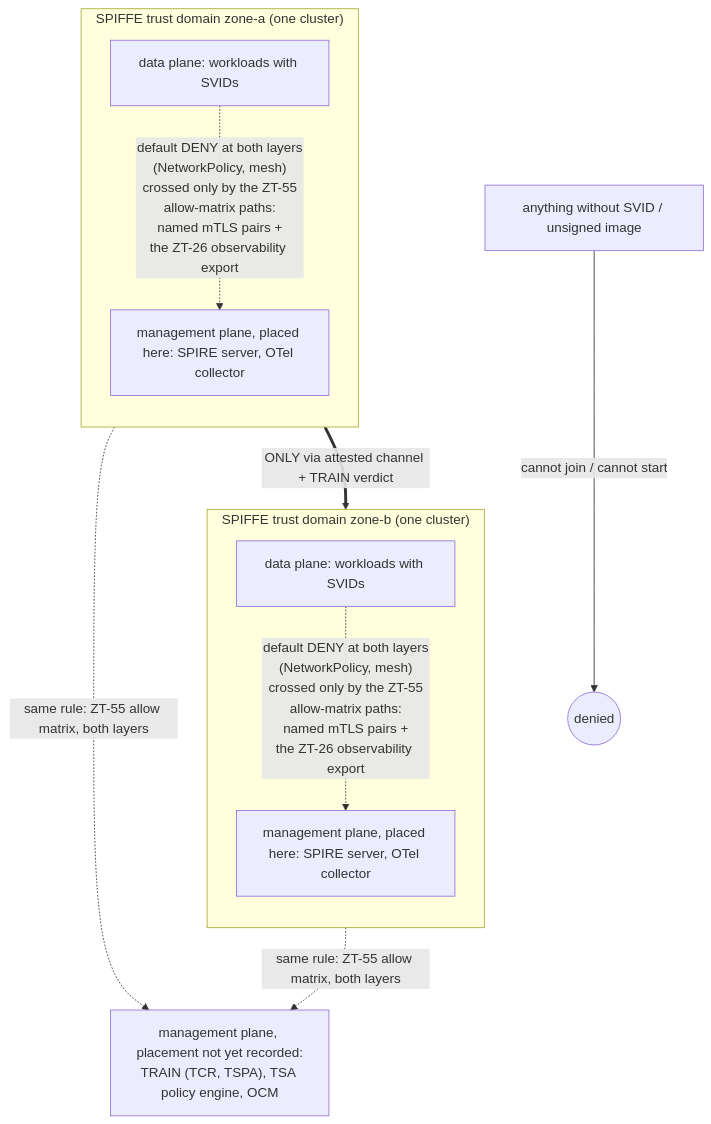
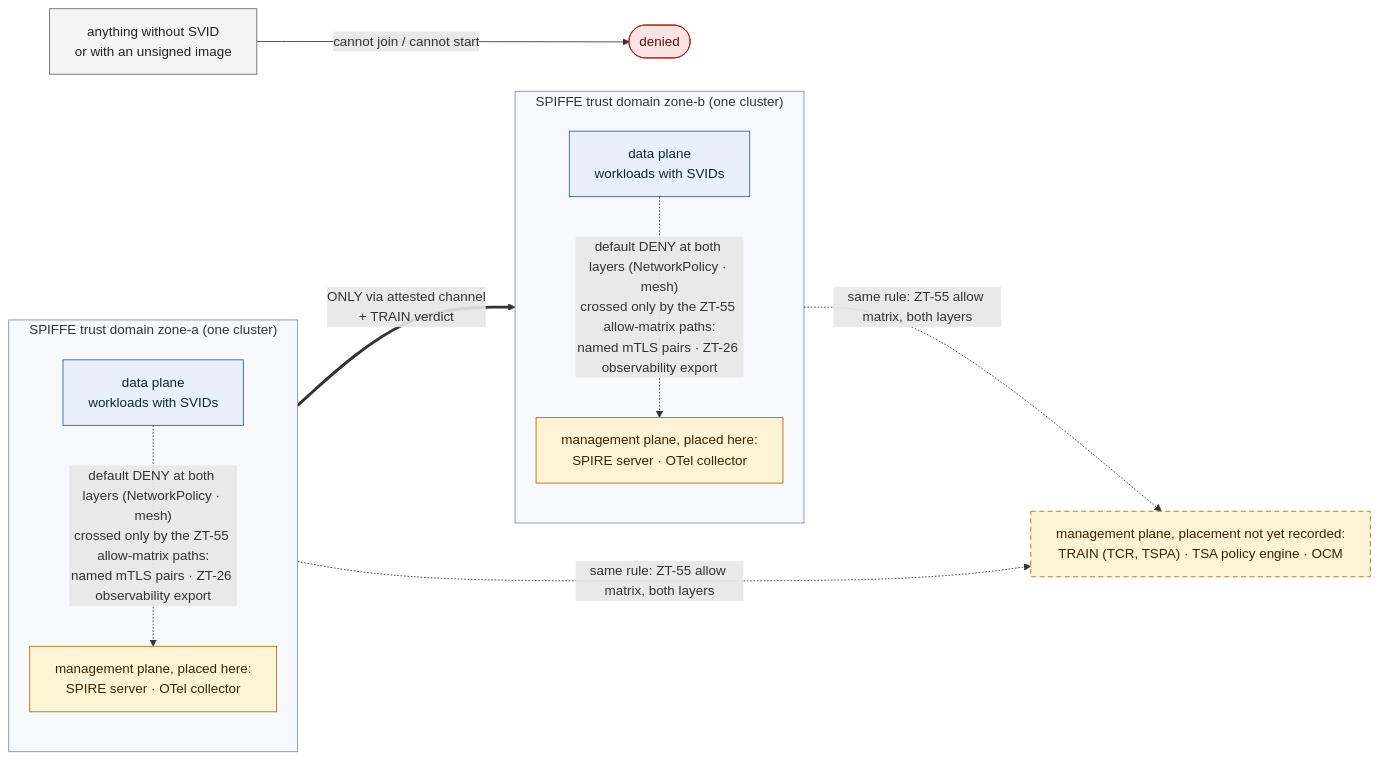
One commit to blopes-atals/facis-zero-trust-demonstrator changed the diagram in docs/diagrams/03-trust-boundaries.mmd. Above: the diagram before and after it, drawn with Mermaid. The commit also changed 1 other file, not shown here.

Commit message:
docs(diagrams): lay diagram 03 out left-to-right with zone-level edges
Place the two trust zones side by side with the attested channel between
them, attach the inter-zone and provisional-plane edges to the zones rather
than to their data-plane nodes so each zone keeps its own top-to-bottom
layout, and colour the planes: blue for data, amber for management, dashed
amber for components without recorded placement, red for the refusal of an
unidentified workload. No node, edge or label content changes. The SVG is
regenerated from the source.

Claude-Session: https://claude.ai/code/session_01DopsE4LPGpcXeZQ7nEDbbD

```diff
--- a/docs/diagrams/03-trust-boundaries.mmd
+++ b/docs/diagrams/03-trust-boundaries.mmd
@@ -1,20 +1,36 @@
 %% Render: npx -y -p @mermaid-js/mermaid-cli mmdc -i docs/diagrams/03-trust-boundaries.mmd -o docs/diagrams/03-trust-boundaries.svg
 %% Diagram 03, trust boundaries. Illustrates ARCHITECTURE section 6; the allow matrix there is the place of record.
-flowchart TB
+%% Edges are drawn at zone level so that each zone keeps its own top-to-bottom layout (Mermaid ignores a subgraph direction once a node inside it links outside).
+%%{init: {"flowchart": {"nodeSpacing": 30, "rankSpacing": 70, "wrappingWidth": 360}}}%%
+flowchart LR
+  classDef data fill:#e8f1fb,stroke:#2b5d8c,color:#10243a
+  classDef mgmt fill:#fff3d6,stroke:#a86b00,color:#3a2600
+  classDef prov fill:#fff3d6,stroke:#a86b00,stroke-dasharray:6 4,color:#3a2600
+  classDef ext fill:#f4f4f4,stroke:#666,color:#222
+  classDef deny fill:#fbe3e3,stroke:#b3261e,color:#5c0f0b
+
   subgraph TD_A["SPIFFE trust domain zone-a (one cluster)"]
     direction TB
-    A1["data plane: workloads with SVIDs"]
-    A2["management plane, placed here: SPIRE server, OTel collector"]
-    A1 -.->|"default DENY at both layers<br/>(NetworkPolicy, mesh)<br/>crossed only by the ZT-55<br/>allow-matrix paths:<br/>named mTLS pairs +<br/>the ZT-26 observability export"| A2
+    A1["data plane<br/>workloads with SVIDs"]:::data
+    A2["management plane, placed here:<br/>SPIRE server · OTel collector"]:::mgmt
+    A1 -. "default DENY at both layers (NetworkPolicy · mesh)<br/>crossed only by the ZT-55 allow-matrix paths:<br/>named mTLS pairs · ZT-26 observability export" .-> A2
   end
   subgraph TD_B["SPIFFE trust domain zone-b (one cluster)"]
     direction TB
-    B1["data plane: workloads with SVIDs"]
-    B2["management plane, placed here: SPIRE server, OTel collector"]
-    B1 -.->|"default DENY at both layers<br/>(NetworkPolicy, mesh)<br/>crossed only by the ZT-55<br/>allow-matrix paths:<br/>named mTLS pairs +<br/>the ZT-26 observability export"| B2
+    B1["data plane<br/>workloads with SVIDs"]:::data
+    B2["management plane, placed here:<br/>SPIRE server · OTel collector"]:::mgmt
+    B1 -. "default DENY at both layers (NetworkPolicy · mesh)<br/>crossed only by the ZT-55 allow-matrix paths:<br/>named mTLS pairs · ZT-26 observability export" .-> B2
   end
-  A1 ==>|"ONLY via attested channel + TRAIN verdict"| B1
-  MGMT_P["management plane, placement not yet recorded:<br/>TRAIN (TCR, TSPA), TSA policy engine, OCM"]
-  A1 -.->|"same rule: ZT-55 allow matrix, both layers"| MGMT_P
-  B1 -.->|"same rule: ZT-55 allow matrix, both layers"| MGMT_P
-  EXT["anything without SVID / unsigned image"] -->|"cannot join / cannot start"| X((denied))
+  TD_A == "ONLY via attested channel<br/>+ TRAIN verdict" ==> TD_B
+  TD_A ~~~ MGMT_P
+
+  MGMT_P["management plane, placement not yet recorded:<br/>TRAIN (TCR, TSPA) · TSA policy engine · OCM"]:::prov
+  TD_A -. "same rule: ZT-55 allow matrix, both layers" .-> MGMT_P
+  TD_B -. "same rule: ZT-55 allow matrix, both layers" .-> MGMT_P
+
+  EXT["anything without SVID<br/>or with an unsigned image"]:::ext
+  X(["denied"]):::deny
+  EXT -- "cannot join / cannot start" --> X
+
+  style TD_A fill:#f7f9fc,stroke:#7a8aa0
+  style TD_B fill:#f7f9fc,stroke:#7a8aa0
```
